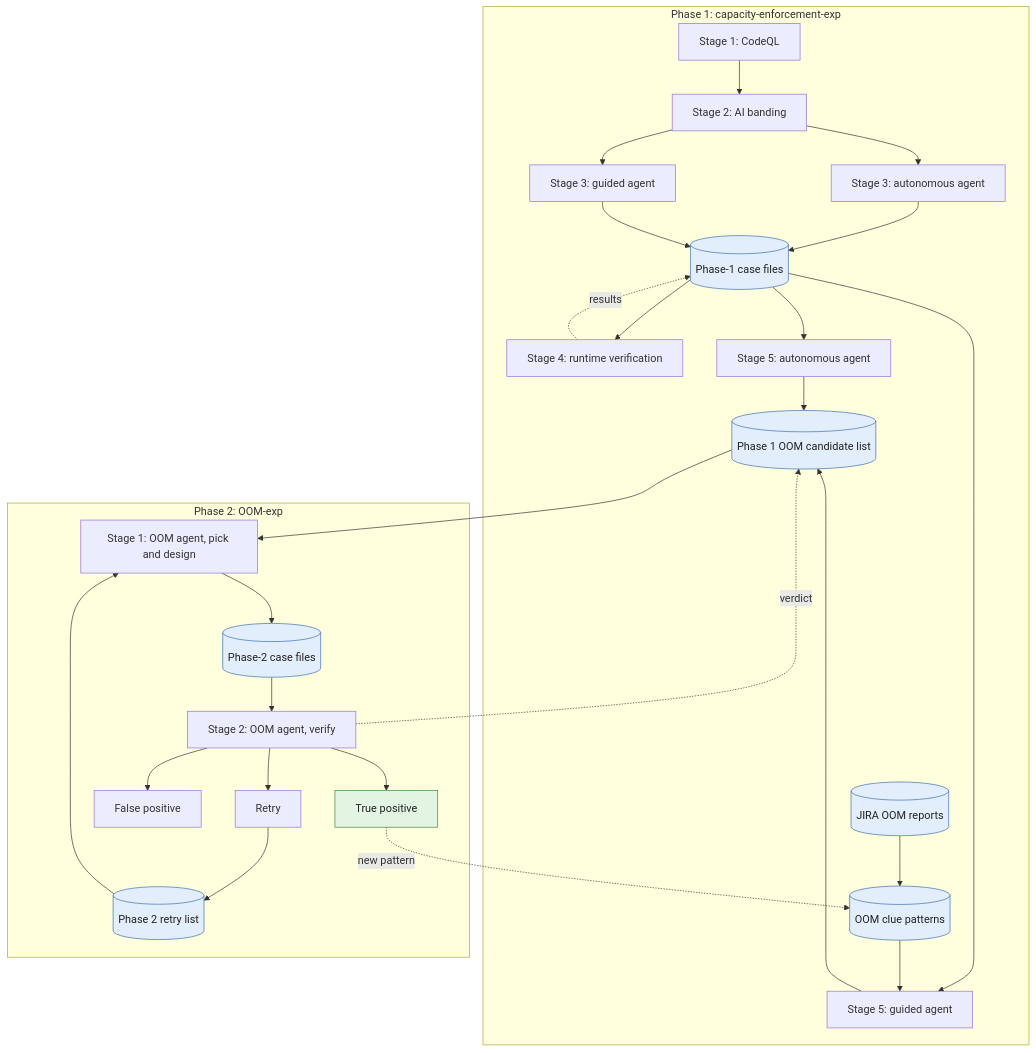
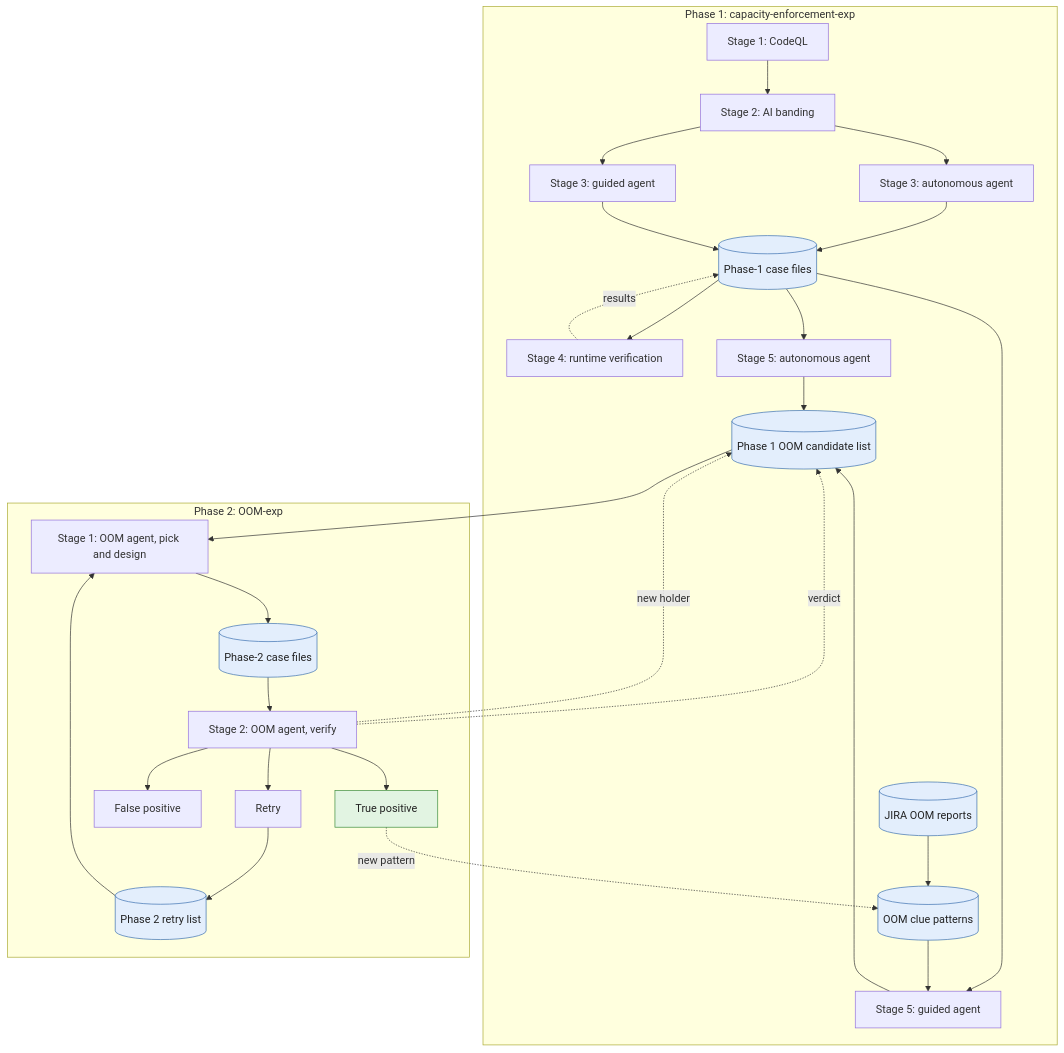
One commit to MengJingsong/Misconfiguration changed the diagram in experiments/FLOWCHART.md. Above: the diagram before and after it, drawn with Mermaid. The commit also changed other lines of this file and 2177 other files, not shown here.

````diff
--- a/experiments/FLOWCHART.md
+++ b/experiments/FLOWCHART.md
@@ -65,57 +66,58 @@
 ```mermaid
 flowchart TD
   classDef store fill:#e3eefc,stroke:#3a6fb0,color:#222
   classDef verdict fill:#e2f4e2,stroke:#3a8a3a,color:#222
 
   subgraph P1["Phase 1: capacity-enforcement-exp"]
     S1["Stage 1: CodeQL"]
     S2["Stage 2: AI banding"]
     S3A["Stage 3: autonomous agent"]
     S3G["Stage 3: guided agent"]
     CF[("Phase-1 case files")]
     S4["Stage 4: runtime verification"]
     JR[("JIRA OOM reports")]
     CPAT[("OOM clue patterns")]
     S5A["Stage 5: autonomous agent"]
     S5G["Stage 5: guided agent"]
     CL[("Phase 1 OOM candidate list")]
   end
 
   subgraph P2["Phase 2: OOM-exp"]
     RL[("Phase 2 retry list")]
     O1["Stage 1: OOM agent, pick and design"]
     CASE[("Phase-2 case files")]
     O2["Stage 2: OOM agent, verify"]
     TP["True positive"]
     FP["False positive"]
     RT["Retry"]
   end
 
   S1 --> S2
   S2 --> S3A
   S2 --> S3G
   S3A --> CF
   S3G --> CF
   CF --> S4
   S4 -.->|results| CF
   JR --> CPAT
   CF --> S5A
   CF --> S5G
   CPAT --> S5G
   S5A --> CL
   S5G --> CL
 
   CL --> O1
   RL --> O1
   O1 --> CASE
   CASE --> O2
   O2 --> TP
   O2 --> FP
   O2 --> RT
   RT --> RL
   O2 -.->|verdict| CL
+  O2 -.->|new holder| CL
   TP -.->|new pattern| CPAT
 
   class CF,JR,CPAT,CL,RL,CASE store
   class TP verdict
 ```
````
